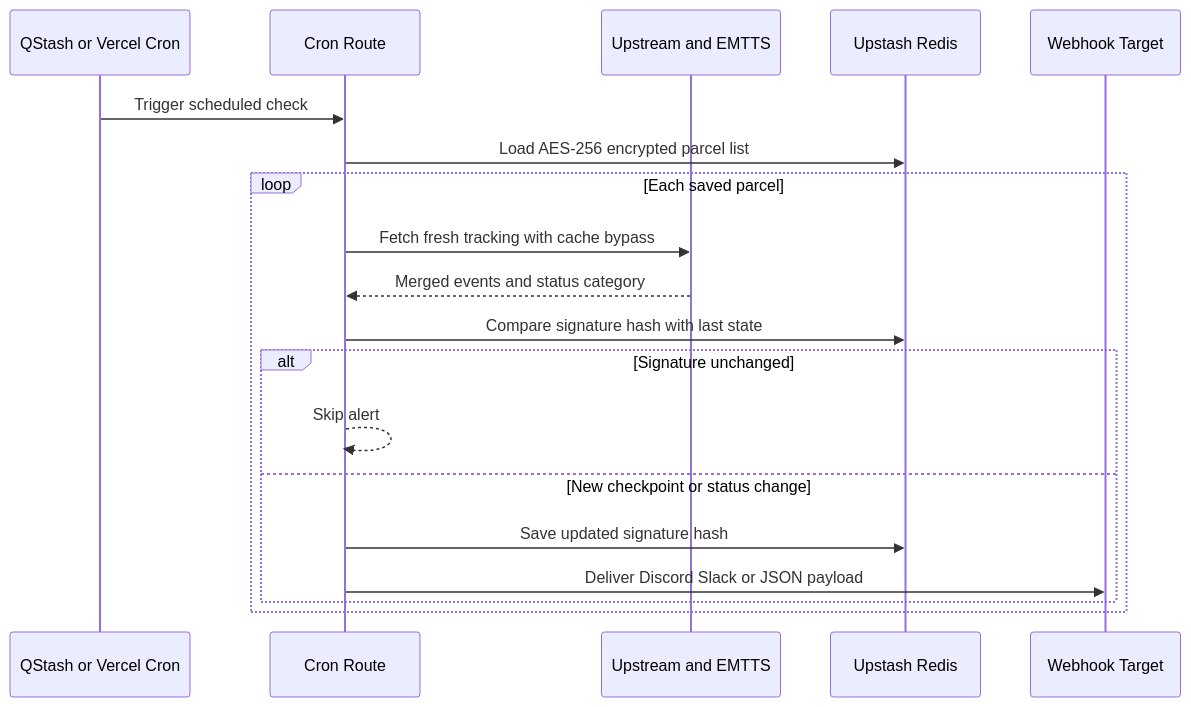
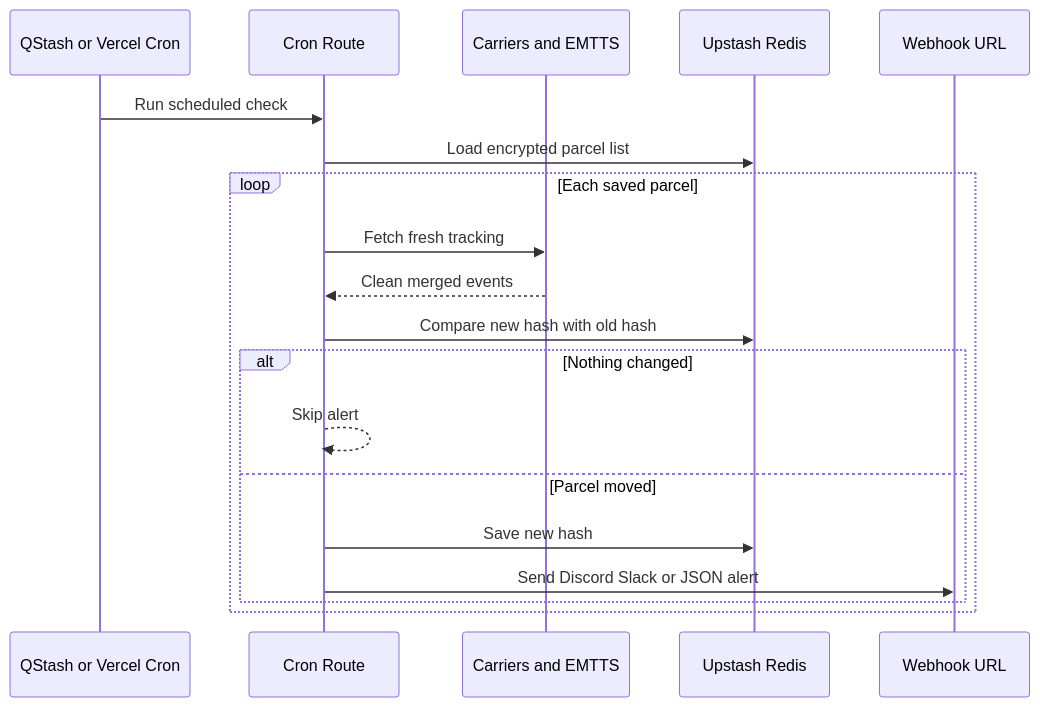
The second of 2 diagrams in README.md (umerkashiff/pakpost-tracker), drawn with Mermaid before and after one commit. The commit also changed other lines of this file, not shown here.

````diff
--- a/README.md
+++ b/README.md
@@ -68,22 +67,22 @@
 ```mermaid
 sequenceDiagram
     participant Scheduler as QStash or Vercel Cron
     participant API as Cron Route
-    participant Tracker as Upstream and EMTTS
+    participant Tracker as Carriers and EMTTS
     participant Redis as Upstash Redis
-    participant Hook as Webhook Target
+    participant Hook as Webhook URL
 
-    Scheduler->>API: Trigger scheduled check
-    API->>Redis: Load AES-256 encrypted parcel list
+    Scheduler->>API: Run scheduled check
+    API->>Redis: Load encrypted parcel list
     loop Each saved parcel
-        API->>Tracker: Fetch fresh tracking with cache bypass
-        Tracker-->>API: Merged events and status category
-        API->>Redis: Compare signature hash with last state
-        alt Signature unchanged
+        API->>Tracker: Fetch fresh tracking
+        Tracker-->>API: Clean merged events
+        API->>Redis: Compare new hash with old hash
+        alt Nothing changed
             API-->>API: Skip alert
-        else New checkpoint or status change
-            API->>Redis: Save updated signature hash
-            API->>Hook: Deliver Discord Slack or JSON payload
+        else Parcel moved
+            API->>Redis: Save new hash
+            API->>Hook: Send Discord Slack or JSON alert
         end
     end
 ```
````
